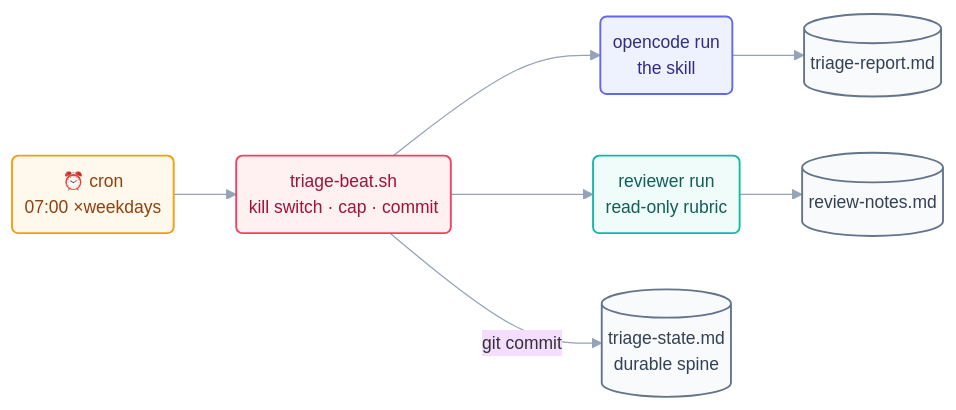
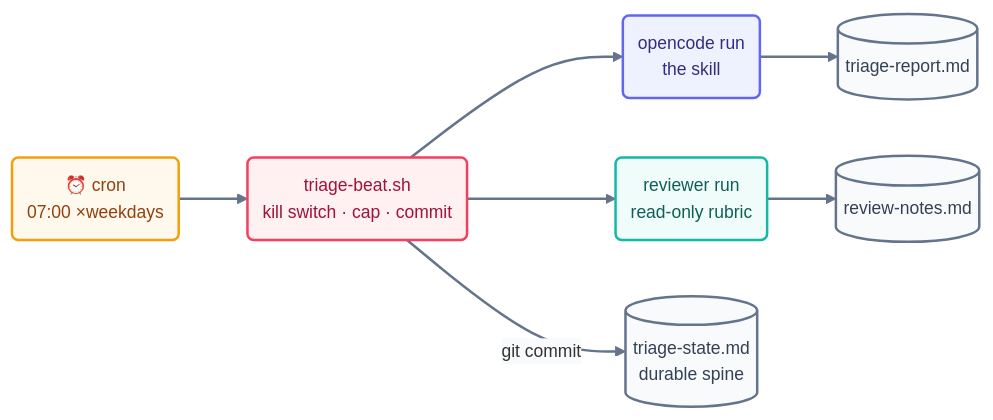
The diagram in docs/07-part-5-complete-loop/13b-opencode-walkthrough.md (ayeshakhalid192007-dev/LoopEngineering-CrashCourse), drawn with Mermaid before and after one commit. The commit also changed 66 other files, not shown here.

First line of the commit message:
docs(diagrams): bolden and unify all 70 mermaid diagrams

````diff
--- a/docs/07-part-5-complete-loop/13b-opencode-walkthrough.md
+++ b/docs/07-part-5-complete-loop/13b-opencode-walkthrough.md
@@ -60,15 +60,16 @@
 ```mermaid
-%%{init: {'theme':'base','themeVariables':{'fontFamily':'ui-sans-serif, system-ui, sans-serif','fontSize':'14px','lineColor':'#94a3b8'},'flowchart':{'curve':'basis','nodeSpacing':45,'rankSpacing':50,'padding':10}}}%%
+%%{init: {'theme':'base','themeVariables':{'fontFamily':'ui-sans-serif, system-ui, sans-serif','fontSize':'14px','lineColor':'#64748b','edgeLabelBackground':'#f8fafc'},'flowchart':{'curve':'basis','nodeSpacing':45,'rankSpacing':55,'padding':12}}}%%
 flowchart LR
     CRON("⏰ cron<br/>07:00 ×weekdays"):::time --> WR("triage-beat.sh<br/>kill switch · cap · commit"):::limit
     WR --> RUN("opencode run<br/>the skill"):::beat
     RUN --> REP[("triage-report.md")]:::file
     WR --> REV("reviewer run<br/>read-only rubric"):::check
     REV --> RN[("review-notes.md")]:::file
     WR -->|"git commit"| SP[("triage-state.md<br/>durable spine")]:::file
-    classDef time fill:#fef9ec,stroke:#f59e0b,stroke-width:1.5px,color:#92400e;
-    classDef limit fill:#fff1f2,stroke:#f43f5e,stroke-width:1.5px,color:#9f1239;
-    classDef beat fill:#eef2ff,stroke:#6366f1,stroke-width:1.5px,color:#312e81;
-    classDef check fill:#effcf9,stroke:#14b8a6,stroke-width:1.5px,color:#115e59;
-    classDef file fill:#f8fafc,stroke:#64748b,stroke-width:1.5px,color:#334155;
+    linkStyle default stroke:#64748b,stroke-width:2px;
+    classDef time fill:#fef9ec,stroke:#f59e0b,stroke-width:2px,color:#92400e;
+    classDef limit fill:#fff1f2,stroke:#f43f5e,stroke-width:2px,color:#9f1239;
+    classDef beat fill:#eef2ff,stroke:#6366f1,stroke-width:2px,color:#312e81;
+    classDef check fill:#effcf9,stroke:#14b8a6,stroke-width:2px,color:#115e59;
+    classDef file fill:#f8fafc,stroke:#64748b,stroke-width:2px,color:#334155;
 ```
````
